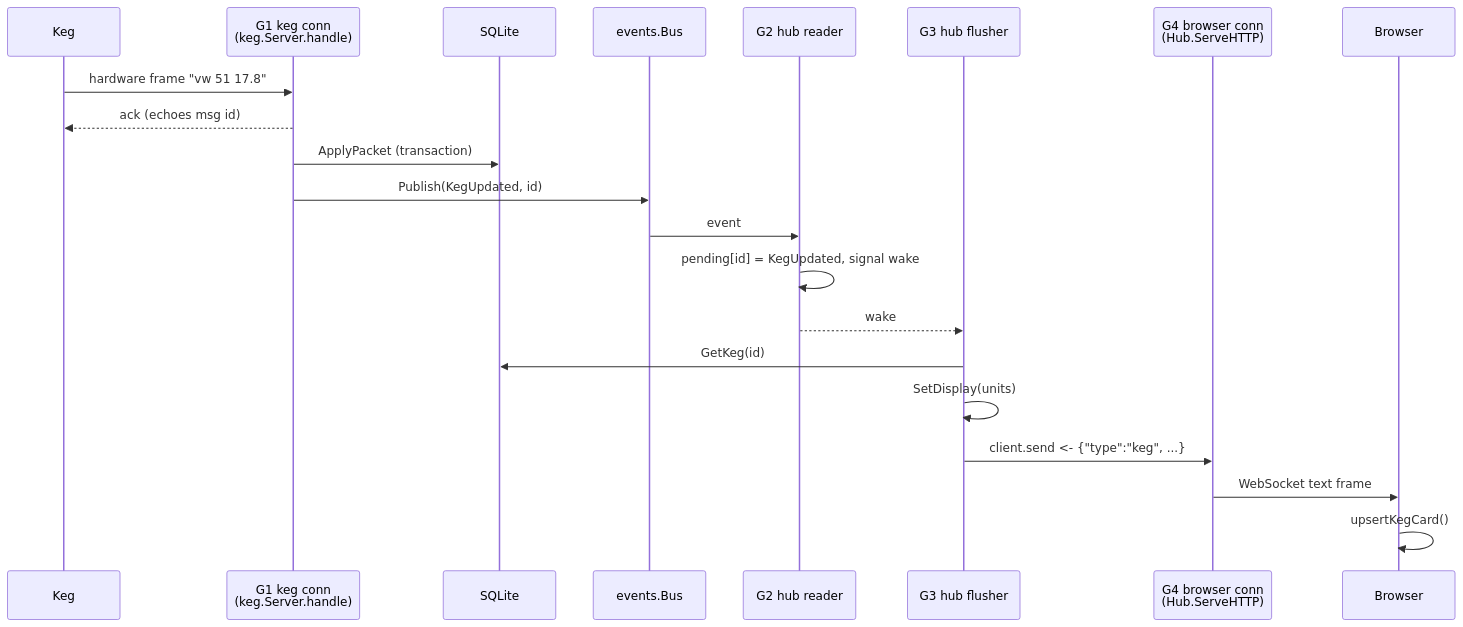
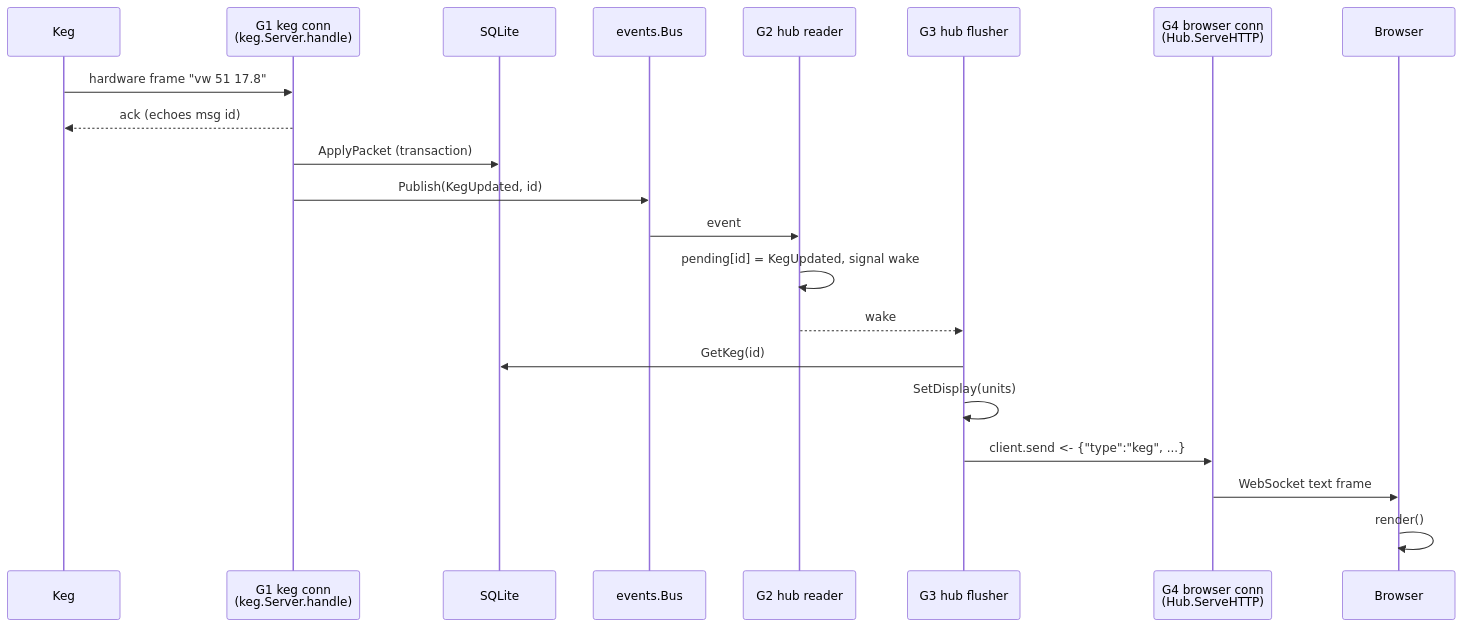
One commit to matt-freed/open-plaato-keg changed the diagram in docs/keg-to-websocket.md. Above: the diagram before and after it, drawn with Mermaid. The commit also changed other lines of this file and 14 other files, not shown here.

````diff
--- a/docs/keg-to-websocket.md
+++ b/docs/keg-to-websocket.md
@@ -22,24 +22,24 @@
 ```mermaid
 sequenceDiagram
     participant Keg
     participant G1 as G1 keg conn<br/>(keg.Server.handle)
     participant DB as SQLite
     participant Bus as events.Bus
     participant G2 as G2 hub reader
     participant G3 as G3 hub flusher
     participant G4 as G4 browser conn<br/>(Hub.ServeHTTP)
     participant Browser
 
     Keg->>G1: hardware frame "vw 51 17.8"
     G1-->>Keg: ack (echoes msg id)
     G1->>DB: ApplyPacket (transaction)
     G1->>Bus: Publish(KegUpdated, id)
     Bus->>G2: event
     G2->>G2: pending[id] = KegUpdated, signal wake
     G2-->>G3: wake
     G3->>DB: GetKeg(id)
     G3->>G3: SetDisplay(units)
     G3->>G4: client.send <- {"type":"keg", ...}
     G4->>Browser: WebSocket text frame
-    Browser->>Browser: upsertKegCard()
+    Browser->>Browser: render()
 ```
````
